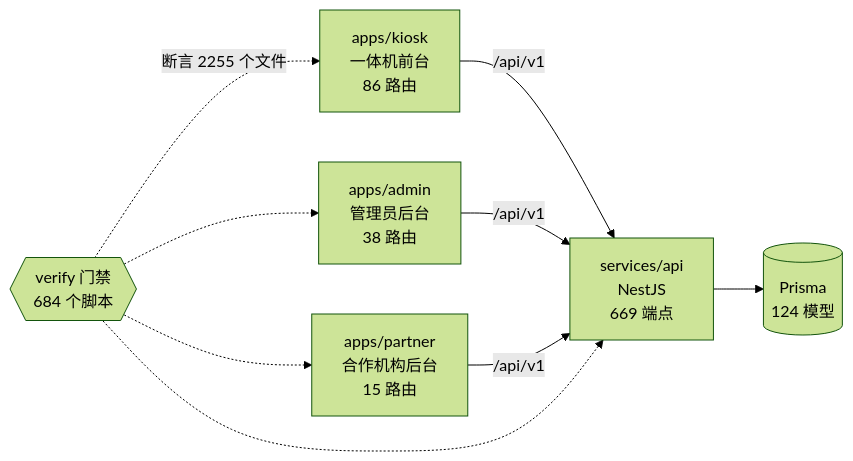
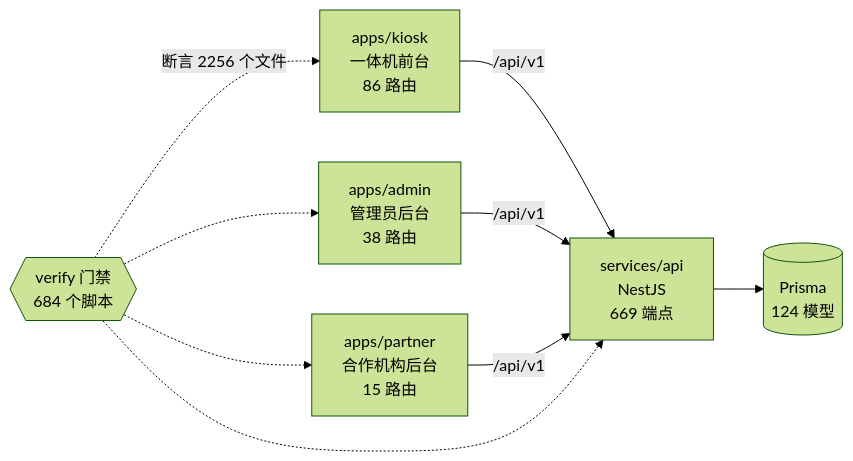
The diagram in docs/graph/README.md (wanglei581/YITIJI), drawn with Mermaid (forest theme) before and after one commit. The commit also changed other lines of this file and 10 other files, not shown here.

````diff
--- a/docs/graph/README.md
+++ b/docs/graph/README.md
@@ -68,18 +68,18 @@
 ```mermaid
 flowchart LR
   kiosk["apps/kiosk<br/>一体机前台<br/>86 路由"]
   admin["apps/admin<br/>管理员后台<br/>38 路由"]
   partner["apps/partner<br/>合作机构后台<br/>15 路由"]
   api["services/api<br/>NestJS<br/>669 端点"]
   db[("Prisma<br/>124 模型")]
   gates{{"verify 门禁<br/>684 个脚本"}}
 
   kiosk -->|"/api/v1"| api
   admin -->|"/api/v1"| api
   partner -->|"/api/v1"| api
   api --> db
-  gates -.->|"断言 2255 个文件"| kiosk
+  gates -.->|"断言 2256 个文件"| kiosk
   gates -.-> admin
   gates -.-> partner
   gates -.-> api
 ```
````
